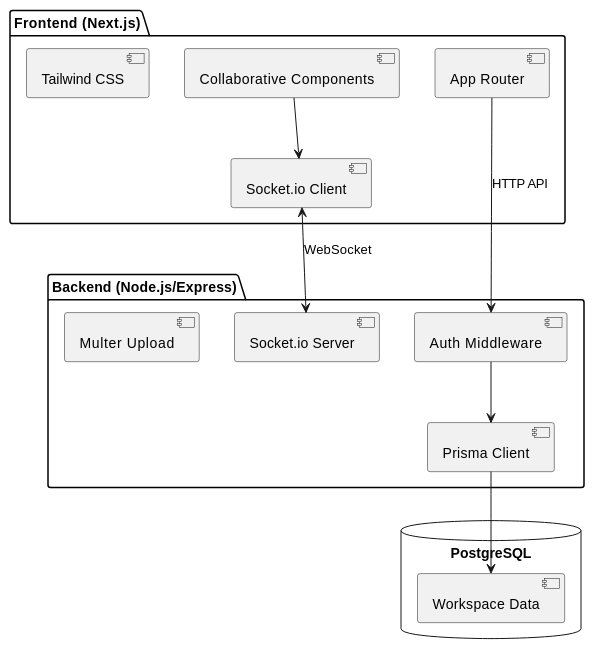
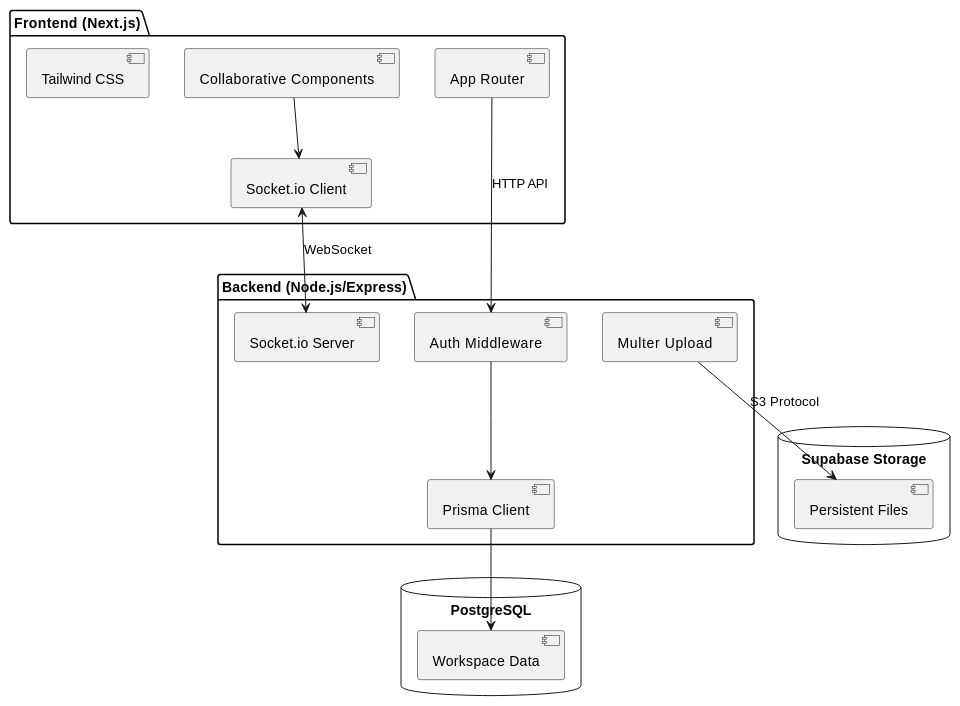
The sixth of 8 diagrams in Document.md (BleakRed/notion-clone-project), drawn with PlantUML before and after one commit. The commit also changed other lines of this file and 11 other files, not shown here.

````diff
--- a/Document.md
+++ b/Document.md
@@ -169,27 +169,32 @@
 ```plantuml
 @startuml
 package "Frontend (Next.js)" {
   [App Router]
   [Collaborative Components]
   [Socket.io Client]
   [Tailwind CSS]
 }
 
 package "Backend (Node.js/Express)" {
   [Auth Middleware]
   [Socket.io Server]
   [Prisma Client]
   [Multer Upload]
 }
 
+database "Supabase Storage" {
+  [Persistent Files]
+}
+
 database "PostgreSQL" {
   [Workspace Data]
 }
 
 [Socket.io Client] <--> [Socket.io Server] : WebSocket
 [Collaborative Components] --> [Socket.io Client]
 [App Router] --> [Auth Middleware] : HTTP API
 [Auth Middleware] --> [Prisma Client]
 [Prisma Client] --> [Workspace Data]
+[Multer Upload] --> [Persistent Files] : S3 Protocol
 @enduml
 ```
````
